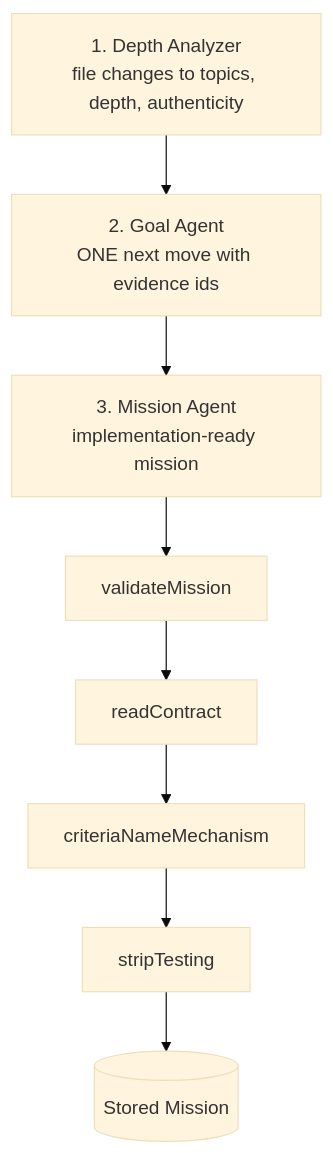
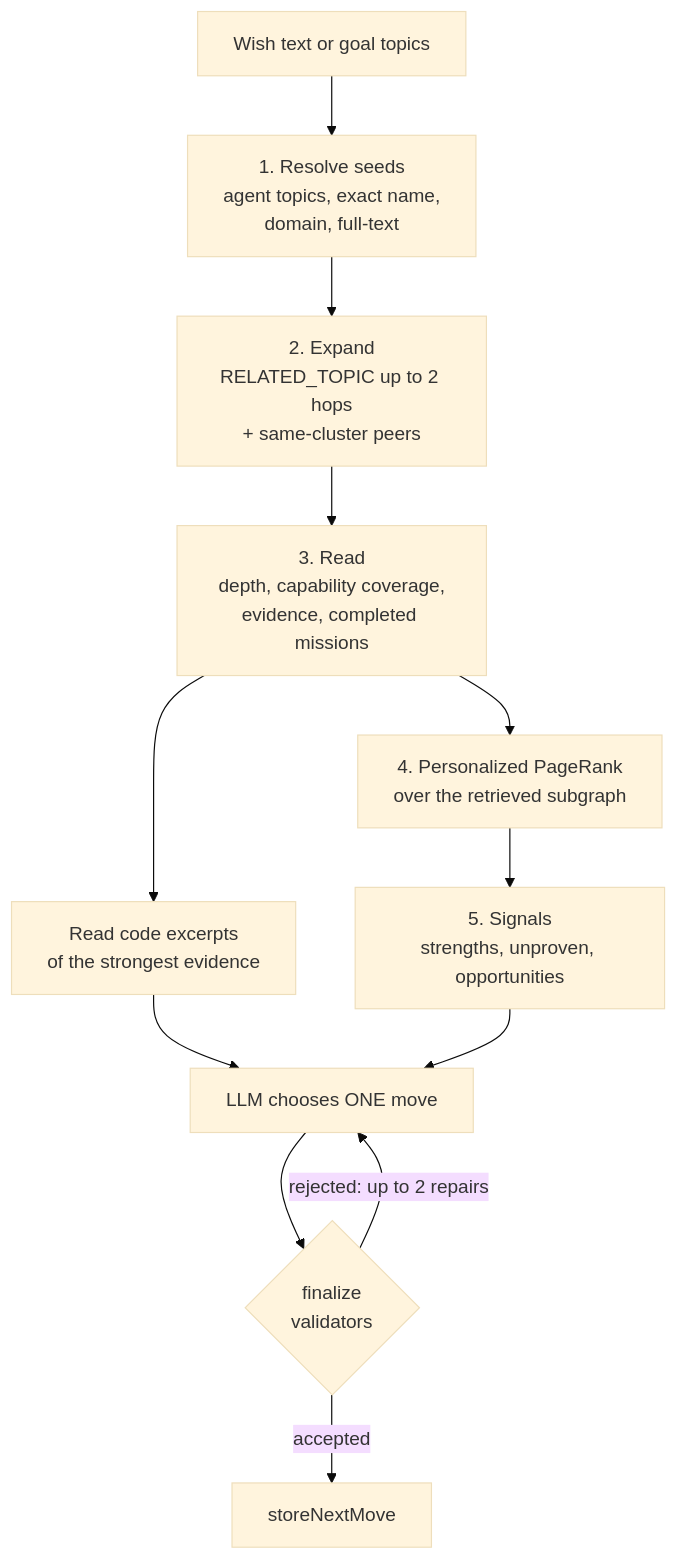
One commit to AymaanPathan/pathaway.io changed the eighth of 14 diagrams in README.md. Above: the diagram before and after it, drawn with Mermaid (base theme). The commit also changed other lines of this file, not shown here.

Commit message:
Implement code changes to enhance functionality and improve performance

````diff
--- a/README.md
+++ b/README.md
@@ -575,10 +511,14 @@
 ```mermaid
 flowchart TD
-    S1[1. Depth Analyzer<br/>file changes to topics, depth, authenticity] --> S2[2. Goal Agent<br/>ONE next move with evidence ids]
-    S2 --> S3[3. Mission Agent<br/>implementation-ready mission]
-    S3 --> VAL[validateMission]
-    VAL --> RC[readContract]
-    RC --> CM[criteriaNameMechanism]
-    CM --> ST[stripTesting]
-    ST --> OUT[(Stored Mission)]
+    W[Wish text or goal topics] --> R[1. Resolve seeds<br/>agent topics, exact name,<br/>domain, full-text]
+    R --> X[2. Expand<br/>RELATED_TOPIC up to 2 hops<br/>+ same-cluster peers]
+    X --> Q[3. Read<br/>depth, capability coverage,<br/>evidence, completed missions]
+    Q --> C[Read code excerpts<br/>of the strongest evidence]
+    Q --> P[4. Personalized PageRank<br/>over the retrieved subgraph]
+    P --> S[5. Signals<br/>strengths, unproven, opportunities]
+    C --> L[LLM chooses ONE move]
+    S --> L
+    L --> F{finalize<br/>validators}
+    F -->|rejected: up to 2 repairs| L
+    F -->|accepted| N[storeNextMove]
 ```
````
